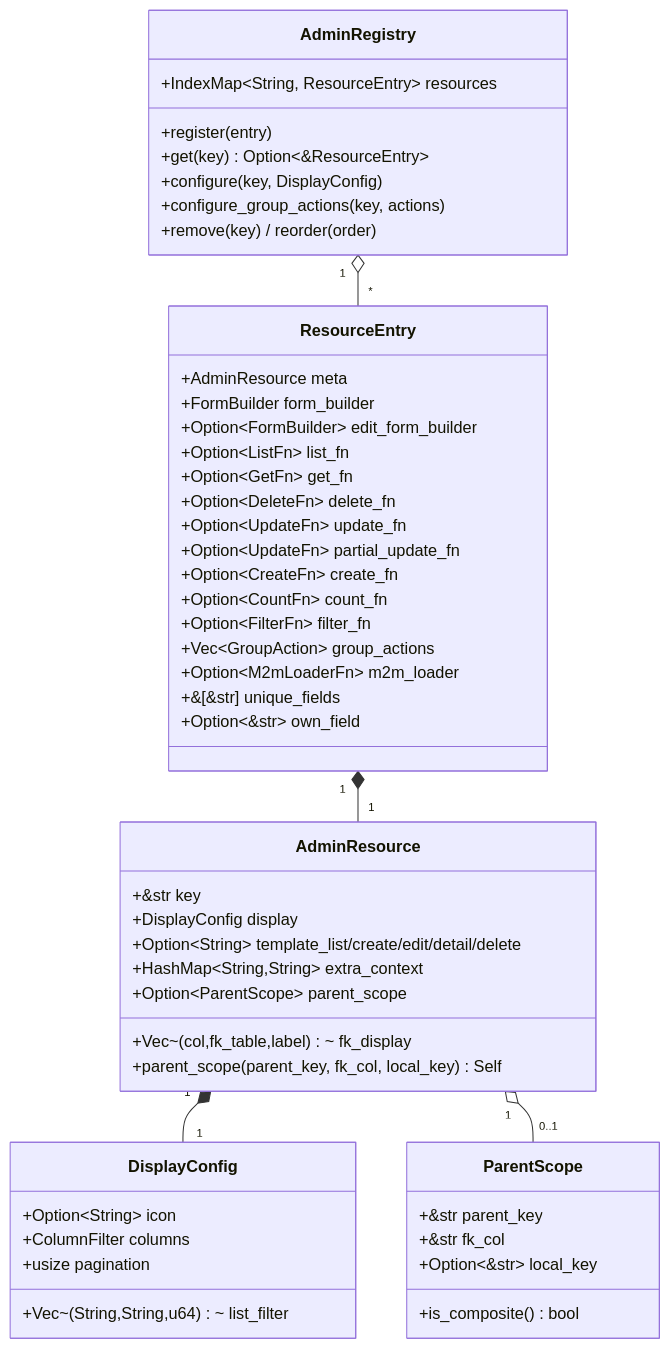
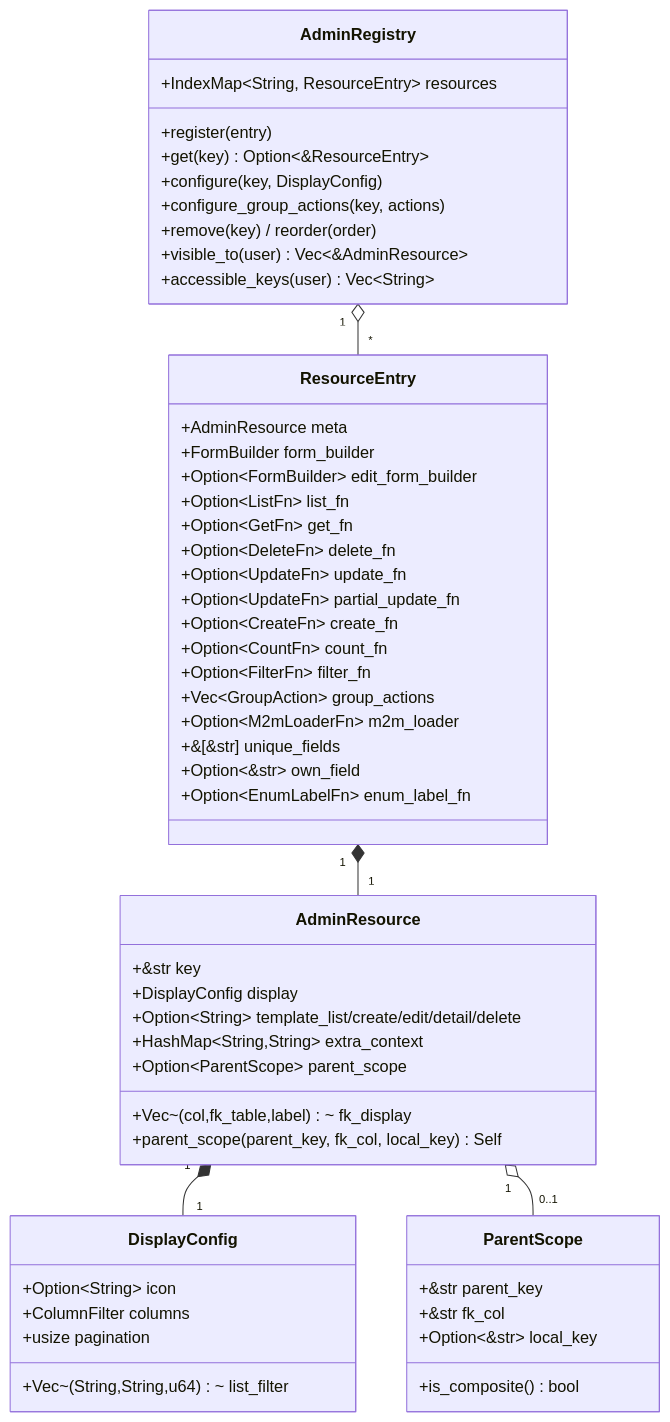
Before and after one commit to seb-alliot/runique: the first of 3 diagrams in diagramme/uml/admin/admin-resource-permissions.md, drawn with Mermaid. The commit also changed other lines of this file and 2 other files, not shown here.

````diff
--- a/diagramme/uml/admin/admin-resource-permissions.md
+++ b/diagramme/uml/admin/admin-resource-permissions.md
@@ -8,53 +8,56 @@
 ```mermaid
 classDiagram
     class AdminRegistry {
         +IndexMap~String, ResourceEntry~ resources
         +register(entry)
         +get(key) Option~&ResourceEntry~
         +configure(key, DisplayConfig)
         +configure_group_actions(key, actions)
         +remove(key) / reorder(order)
+        +visible_to(user) Vec~&AdminResource~
+        +accessible_keys(user) Vec~String~
     }
     class ResourceEntry {
         +AdminResource meta
         +FormBuilder form_builder
         +Option~FormBuilder~ edit_form_builder
         +Option~ListFn~ list_fn
         +Option~GetFn~ get_fn
         +Option~DeleteFn~ delete_fn
         +Option~UpdateFn~ update_fn
         +Option~UpdateFn~ partial_update_fn
         +Option~CreateFn~ create_fn
         +Option~CountFn~ count_fn
         +Option~FilterFn~ filter_fn
         +Vec~GroupAction~ group_actions
         +Option~M2mLoaderFn~ m2m_loader
         +&[&str] unique_fields
         +Option~&str~ own_field
+        +Option~EnumLabelFn~ enum_label_fn
     }
     class AdminResource {
         +&str key
         +DisplayConfig display
         +Option~String~ template_list/create/edit/detail/delete
         +HashMap~String,String~ extra_context
         +Vec~(col,fk_table,label)~ fk_display
         +Option~ParentScope~ parent_scope
         +parent_scope(parent_key, fk_col, local_key) Self
     }
     class ParentScope {
         +&str parent_key
         +&str fk_col
         +Option~&str~ local_key
         +is_composite() bool
     }
     class DisplayConfig {
         +Option~String~ icon
         +ColumnFilter columns
         +usize pagination
         +Vec~(String,String,u64)~ list_filter
     }
     AdminRegistry "1" o-- "*" ResourceEntry
     ResourceEntry "1" *-- "1" AdminResource
     AdminResource "1" *-- "1" DisplayConfig
     AdminResource "1" o-- "0..1" ParentScope
 ```
````
